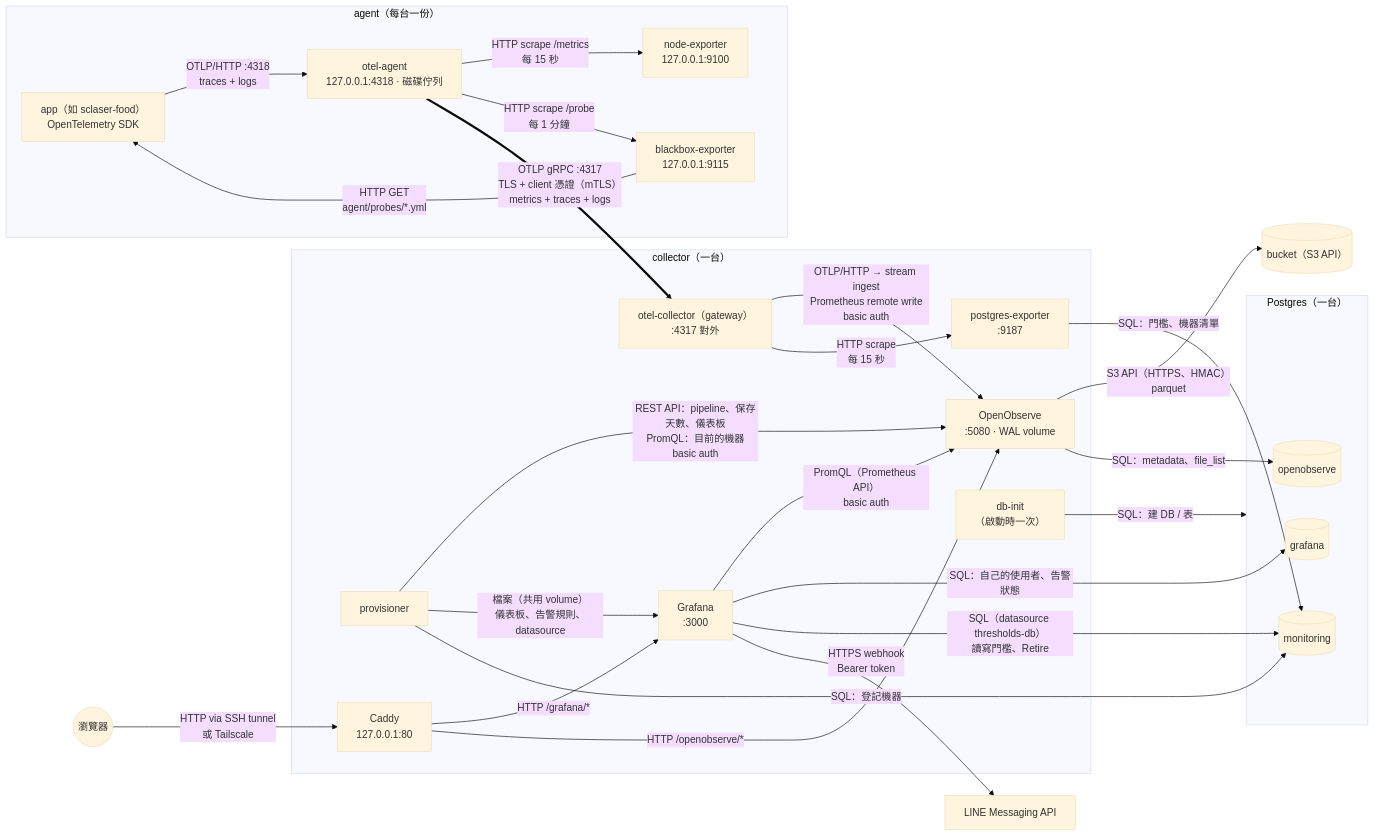
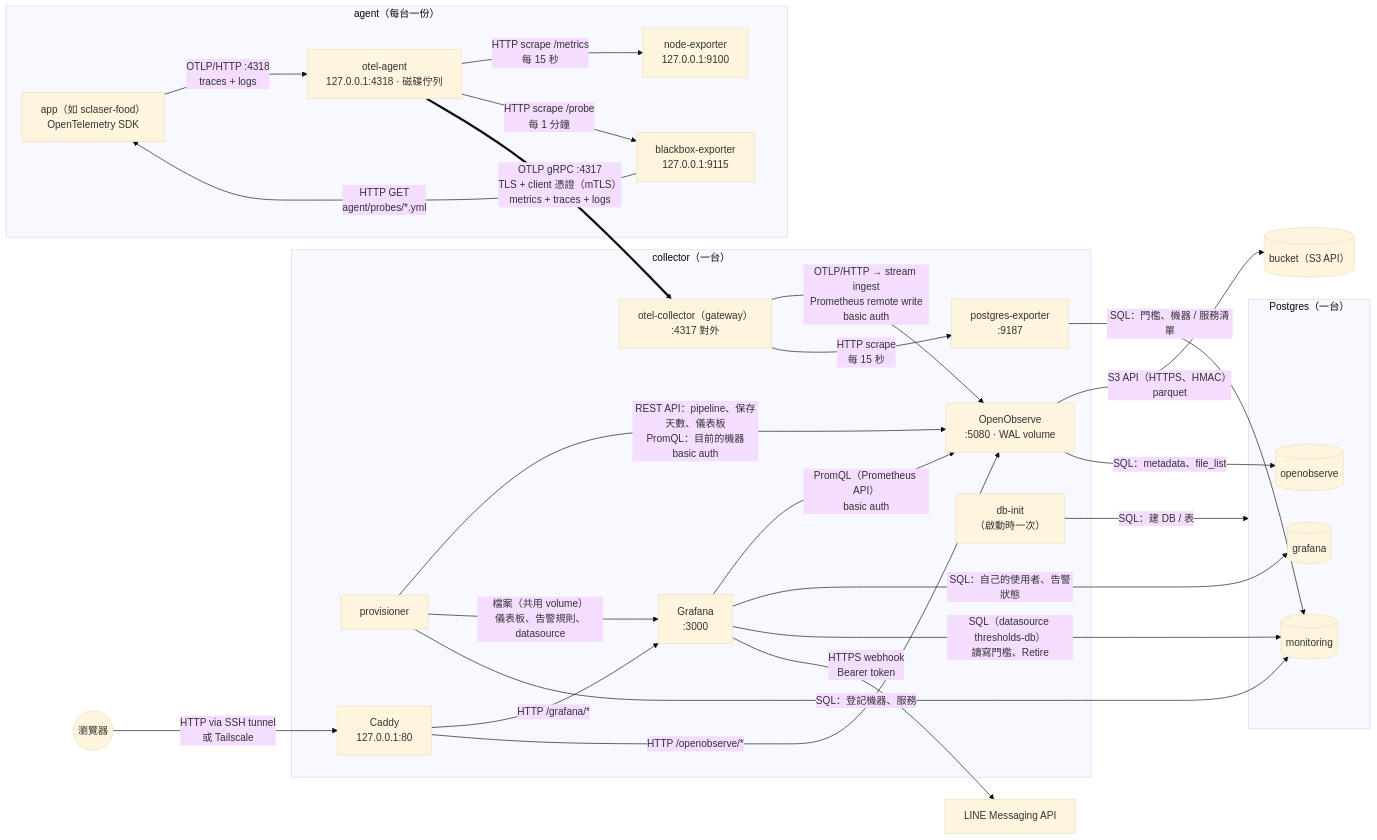
Before and after one commit to aoeskills/observability: the diagram in docs/architecture.md, drawn with Mermaid (base theme). The commit also changed other lines of this file and 11 other files, not shown here.

````diff
--- a/docs/architecture.md
+++ b/docs/architecture.md
@@ -10,50 +10,50 @@
 ```mermaid
 flowchart LR
     subgraph agenthost["agent（每台一份）"]
         app["app（如 sclaser-food）<br/>OpenTelemetry SDK"]
         node["node-exporter<br/>127.0.0.1:9100"]
         bb["blackbox-exporter<br/>127.0.0.1:9115"]
         otelagent["otel-agent<br/>127.0.0.1:4318 · 磁碟佇列"]
         app -->|"OTLP/HTTP :4318<br/>traces + logs"| otelagent
         otelagent -->|"HTTP scrape /metrics<br/>每 15 秒"| node
         otelagent -->|"HTTP scrape /probe<br/>每 1 分鐘"| bb
         bb -->|"HTTP GET<br/>agent/probes/*.yml"| app
     end
 
     subgraph collectorhost["collector（一台）"]
         gateway["otel-collector（gateway）<br/>:4317 對外"]
         o2["OpenObserve<br/>:5080 · WAL volume"]
         grafana["Grafana<br/>:3000"]
         provisioner["provisioner"]
         pgexp["postgres-exporter<br/>:9187"]
         dbinit["db-init<br/>（啟動時一次）"]
         caddy["Caddy<br/>127.0.0.1:80"]
         gateway -->|"OTLP/HTTP → stream ingest<br/>Prometheus remote write<br/>basic auth"| o2
         gateway -->|"HTTP scrape<br/>每 15 秒"| pgexp
         grafana -->|"PromQL（Prometheus API）<br/>basic auth"| o2
         provisioner -->|"REST API：pipeline、保存天數、儀表板<br/>PromQL：目前的機器<br/>basic auth"| o2
         provisioner -->|"檔案（共用 volume）<br/>儀表板、告警規則、datasource"| grafana
         caddy -->|"HTTP /grafana/*"| grafana
         caddy -->|"HTTP /openobserve/*"| o2
     end
 
     subgraph pg["Postgres（一台）"]
         db_o2[("openobserve")]
         db_g[("grafana")]
         db_m[("monitoring")]
     end
     bucket[("bucket（S3 API）")]
     line["LINE Messaging API"]
     user(("瀏覽器"))
 
     otelagent ==>|"OTLP gRPC :4317<br/>TLS + client 憑證（mTLS）<br/>metrics + traces + logs"| gateway
     o2 -->|"S3 API（HTTPS、HMAC）<br/>parquet"| bucket
     o2 -->|"SQL：metadata、file_list"| db_o2
     grafana -->|"SQL：自己的使用者、告警狀態"| db_g
     grafana -->|"SQL（datasource thresholds-db）<br/>讀寫門檻、Retire"| db_m
-    provisioner -->|"SQL：登記機器"| db_m
-    pgexp -->|"SQL：門檻、機器清單"| db_m
+    provisioner -->|"SQL：登記機器、服務"| db_m
+    pgexp -->|"SQL：門檻、機器 / 服務清單"| db_m
     dbinit -->|"SQL：建 DB / 表"| pg
     grafana -->|"HTTPS webhook<br/>Bearer token"| line
     user -->|"HTTP via SSH tunnel<br/>或 Tailscale"| caddy
 ```
````
